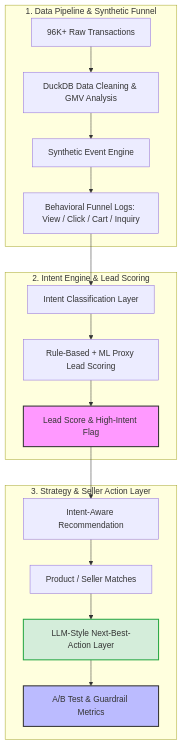
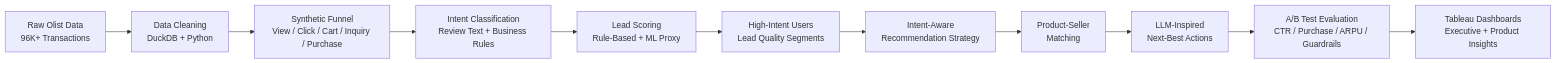
The diagram in README.md (Raina-Hong/AI-lead-generation-recommendation-analytics), drawn with Mermaid before and after one commit. The commit also changed other lines of this file, not shown here.

````diff
--- a/README.md
+++ b/README.md
@@ -46,25 +46,16 @@
 ```mermaid
-graph TD
-    subgraph A[1. Data Pipeline & Synthetic Funnel]
-        A1[96K+ Raw Transactions] --> A2[DuckDB Data Cleaning & GMV Analysis]
-        A2 --> A3[Synthetic Event Engine]
-        A3 --> A4[Behavioral Funnel Logs: View / Click / Cart / Inquiry]
-    end
+flowchart LR
+    A[Raw Olist Data<br/>96K+ Transactions] --> B[Data Cleaning<br/>DuckDB + Python]
+    B --> C[Synthetic Funnel<br/>View / Click / Cart / Inquiry / Purchase]
 
-    subgraph B[2. Intent Engine & Lead Scoring]
-        A4 --> B1[Intent Classification Layer]
-        B1 --> B2[Rule-Based + ML Proxy Lead Scoring]
-        B2 --> B3[Lead Score & High-Intent Flag]
-    end
+    C --> D[Intent Classification<br/>Review Text + Business Rules]
+    D --> E[Lead Scoring<br/>Rule-Based + ML Proxy]
+    E --> F[High-Intent Users<br/>Lead Quality Segments]
 
-    subgraph C[3. Strategy & Seller Action Layer]
-        B3 --> C1[Intent-Aware Recommendation]
-        C1 --> C2[Product / Seller Matches]
-        C2 --> C3[LLM-Style Next-Best-Action Layer]
-        C3 --> C4[A/B Test & Guardrail Metrics]
-    end
+    F --> G[Intent-Aware<br/>Recommendation Strategy]
+    G --> H[Product-Seller<br/>Matching]
+    H --> I[LLM-Inspired<br/>Next-Best Actions]
+    I --> J[A/B Test Evaluation<br/>CTR / Purchase / ARPU / Guardrails]
 
-    style B3 fill:#f9f,stroke:#333,stroke-width:2px
-    style C3 fill:#d4edda,stroke:#28a745,stroke-width:2px
-    style C4 fill:#bbf,stroke:#333,stroke-width:2px
+    J --> K[Tableau Dashboards<br/>Executive + Product Insights]
 ```
````
